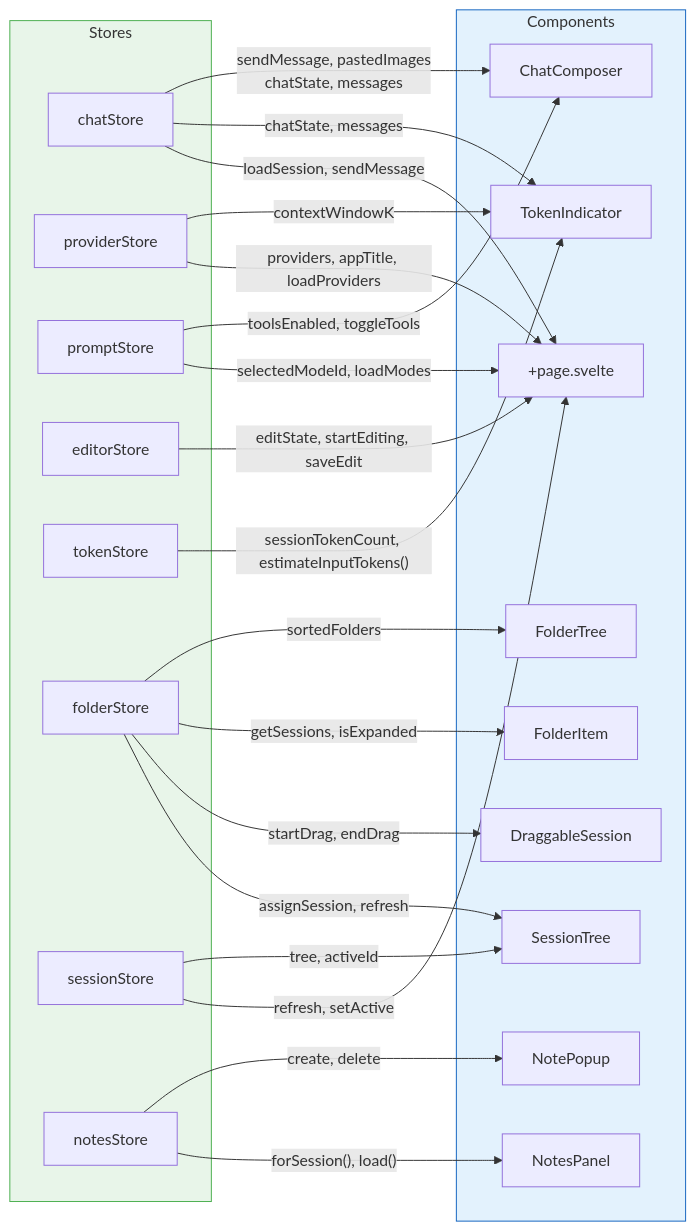
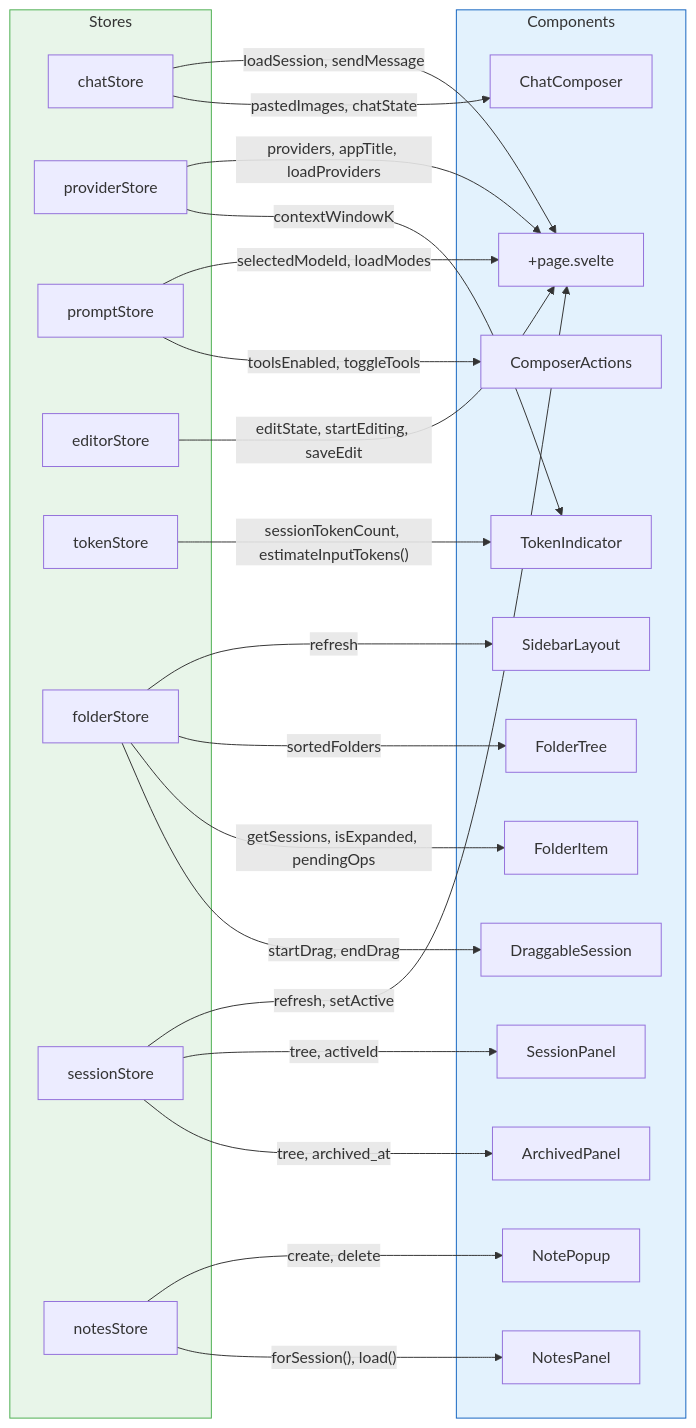
One commit to m1981/kuchnie changed the third of 12 diagrams in kitchen-agent/docs/specs/frontend-diagrams.md. Above: the diagram before and after it, drawn with Mermaid. The commit also changed other lines of this file and 1 other file, not shown here.

First line of the commit message:
docs: update architecture diagrams for refactor v2

````diff
--- a/kitchen-agent/docs/specs/frontend-diagrams.md
+++ b/kitchen-agent/docs/specs/frontend-diagrams.md
@@ -159,49 +180,70 @@
 ```mermaid
 graph LR
     subgraph Stores["Stores"]
         CS["chatStore"]
         PS["providerStore"]
         PR["promptStore"]
         ES["editorStore"]
         TS["tokenStore"]
         FS["folderStore"]
         SS["sessionStore"]
         NS["notesStore"]
     end
 
     subgraph Components["Components"]
+        PG["+page.svelte"]
+        CA["ComposerActions"]
         CP["ChatComposer"]
         TI["TokenIndicator"]
-        ST["SessionTree"]
+        SL["SidebarLayout"]
+        SP["SessionPanel"]
+        AP["ArchivedPanel"]
         FT["FolderTree"]
         FI["FolderItem"]
         DS["DraggableSession"]
         NP["NotePopup"]
         NPL["NotesPanel"]
-        PG["+page.svelte"]
     end
 
-    CS -->|"sendMessage, pastedImages<br/>chatState, messages"| CP
-    PR -->|"toolsEnabled, toggleTools"| CP
-    CS -->|"chatState, messages"| TI
-    TS -->|"sessionTokenCount, estimateInputTokens()"| TI
-    PS -->|"contextWindowK"| TI
-
-    SS -->|"tree, activeId"| ST
-    FS -->|"sortedFolders"| FT
-    FS -->|"getSessions, isExpanded"| FI
-    FS -->|"startDrag, endDrag"| DS
-    FS -->|"assignSession, refresh"| ST
-
-    NS -->|"create, delete"| NP
-    NS -->|"forSession(), load()"| NPL
-
+    %% +page.svelte direct imports
     CS -->|"loadSession, sendMessage"| PG
     PS -->|"providers, appTitle, loadProviders"| PG
     PR -->|"selectedModeId, loadModes"| PG
     ES -->|"editState, startEditing, saveEdit"| PG
     SS -->|"refresh, setActive"| PG
 
+    %% ComposerActions direct imports
+    PR -->|"toolsEnabled, toggleTools"| CA
+
+    %% ChatComposer
+    CS -->|"pastedImages, chatState"| CP
+
+    %% TokenIndicator direct imports
+    TS -->|"sessionTokenCount, estimateInputTokens()"| TI
+    PS -->|"contextWindowK"| TI
+
+    %% SidebarLayout
+    FS -->|"refresh"| SL
+
+    %% SessionPanel direct imports
+    SS -->|"tree, activeId"| SP
+
+    %% ArchivedPanel direct imports
+    SS -->|"tree, archived_at"| AP
+
+    %% FolderTree
+    FS -->|"sortedFolders"| FT
+
+    %% FolderItem
+    FS -->|"getSessions, isExpanded, pendingOps"| FI
+
+    %% DraggableSession
+    FS -->|"startDrag, endDrag"| DS
+
+    %% Notes
+    NS -->|"create, delete"| NP
+    NS -->|"forSession(), load()"| NPL
+
     style Stores fill:#e8f5e9,stroke:#4CAF50
     style Components fill:#e3f2fd,stroke:#1565C0
 ```
````
